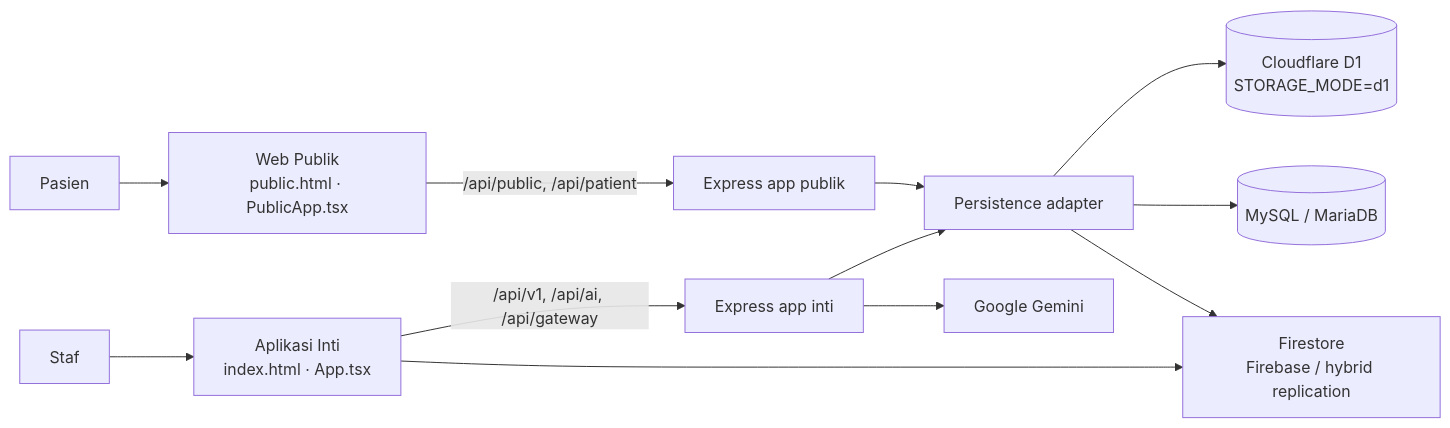
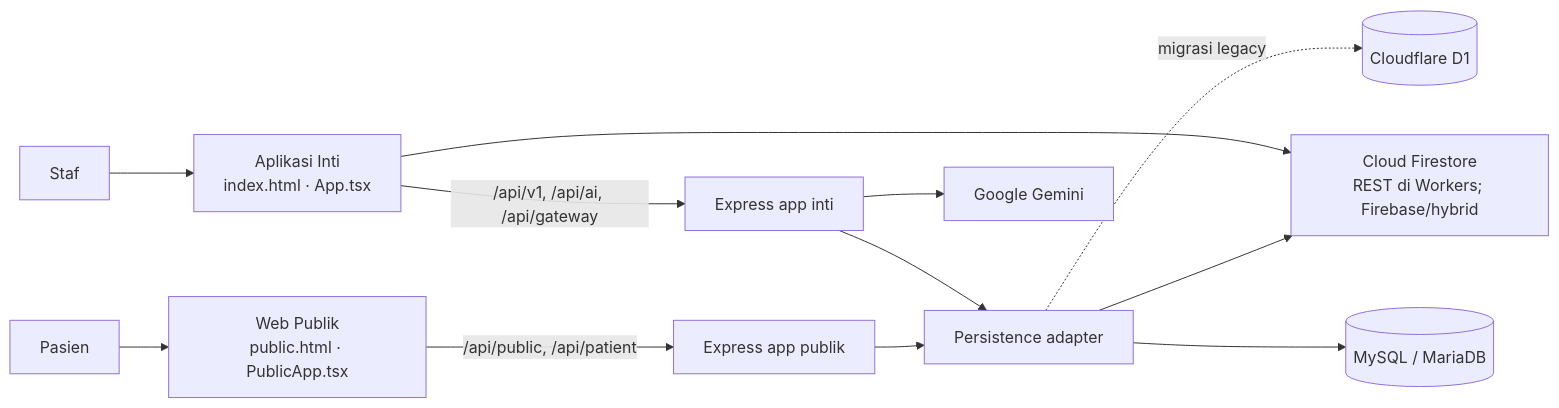
The diagram in README.md (dimzzthareza231-design/MYAPP), drawn with Mermaid before and after one commit. The commit also changed other lines of this file and 3 other files, not shown here.

Commit message:
docs: align Cloudflare setup with Firestore runtime

````diff
--- a/README.md
+++ b/README.md
@@ -69,14 +69,14 @@
 ```mermaid
 flowchart LR
   P[Pasien] --> WP[Web Publik<br/>public.html · PublicApp.tsx]
   S[Staf] --> AI[Aplikasi Inti<br/>index.html · App.tsx]
   WP -->|/api/public, /api/patient| FP[Express app publik]
   AI -->|/api/v1, /api/ai, /api/gateway| FC[Express app inti]
   FP --> STORE[(Data store)]
   FC --> STORE[Persistence adapter]
-  STORE --> D1[(Cloudflare D1<br/>STORAGE_MODE=d1)]
+  STORE --> FB[Cloud Firestore<br/>REST di Workers; Firebase/hybrid]
+  STORE -. migrasi legacy .-> D1[(Cloudflare D1)]
   STORE --> MYSQL[(MySQL / MariaDB)]
-  STORE --> FB[Firestore<br/>Firebase / hybrid replication]
   FC --> GEM[Google Gemini]
   AI --> FB
 ```
````
